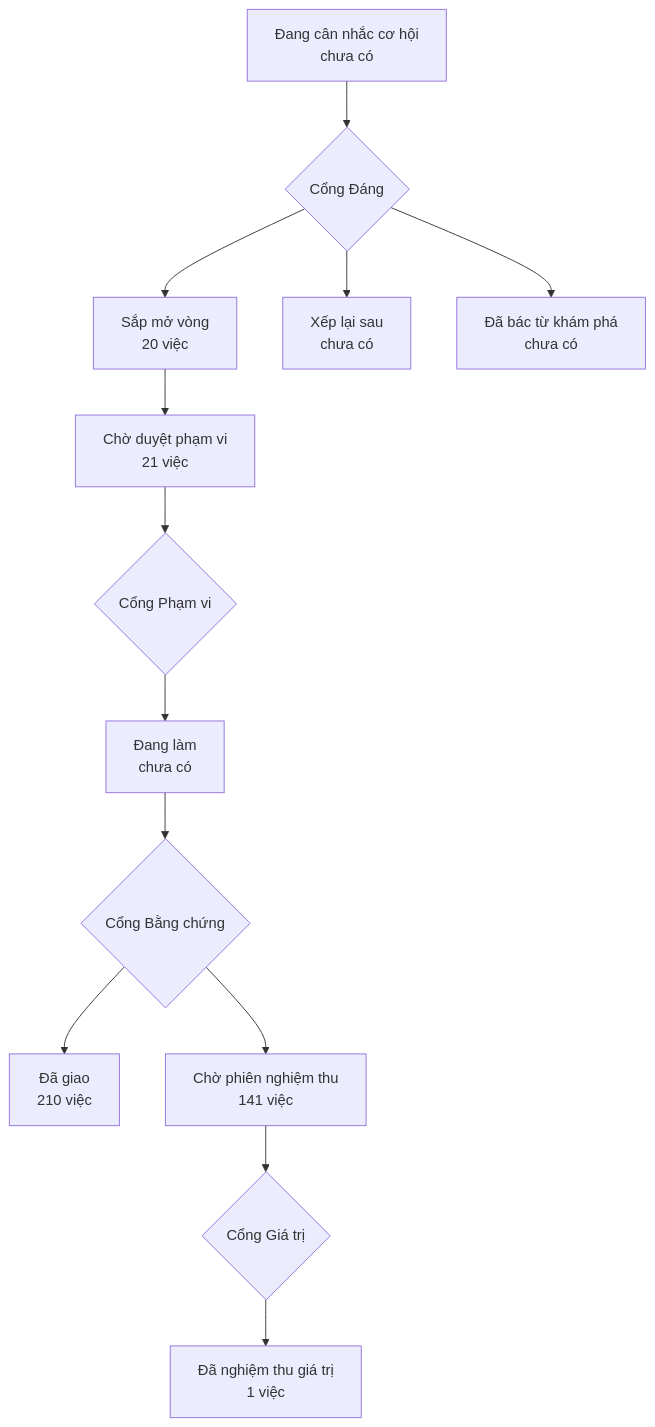
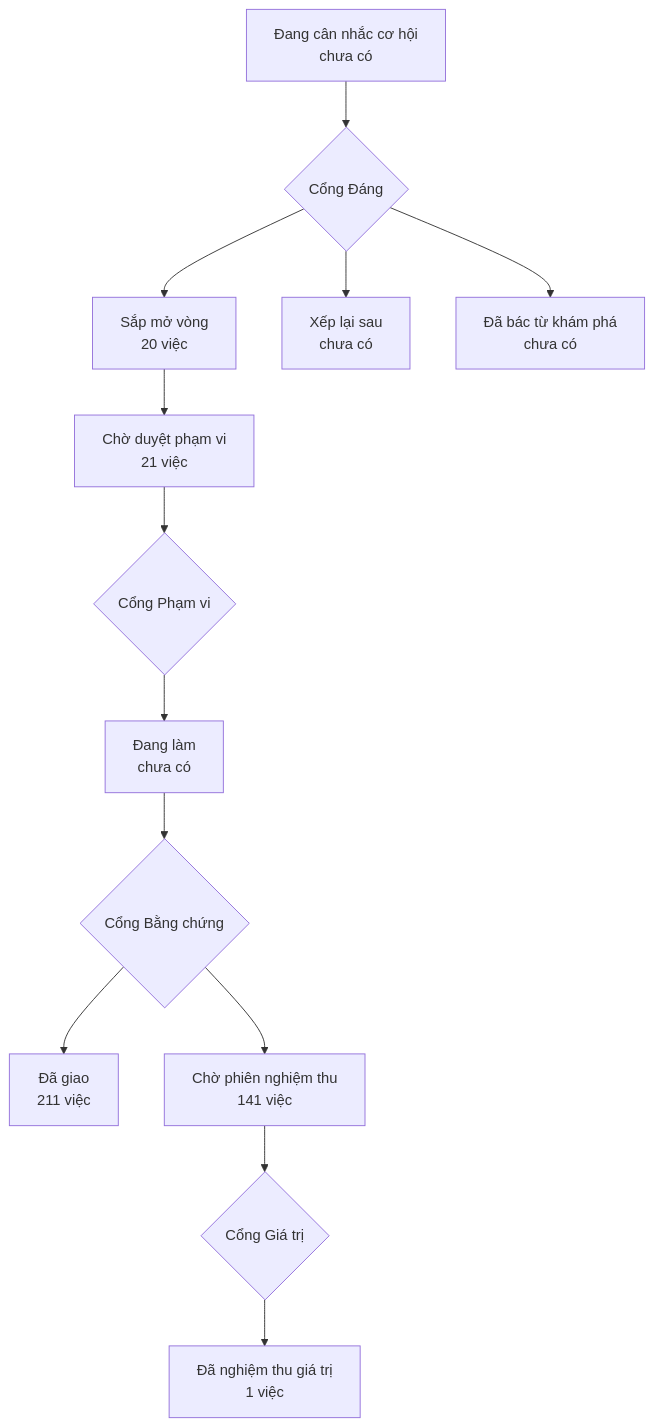
The diagram in PRODUCT-MAP.md (phanlemanh/onehub-invest), drawn with Mermaid before and after one commit. The commit also changed other lines of this file and 1 other file, not shown here.

Commit message:
chore(map): vẽ lại bản đồ sau khi nhận main d4df3343a

````diff
--- a/PRODUCT-MAP.md
+++ b/PRODUCT-MAP.md
@@ -7,12 +7,12 @@
 ```mermaid
 flowchart TD
   A["Đang cân nhắc cơ hội<br/>chưa có"] --> GD{"Cổng Đáng"}
   GD --> B["Sắp mở vòng<br/>20 việc"]
   GD --> XL["Xếp lại sau<br/>chưa có"]
   GD --> DB["Đã bác từ khám phá<br/>chưa có"]
   B --> CD["Chờ duyệt phạm vi<br/>21 việc"] --> GP{"Cổng Phạm vi"}
   GP --> DL["Đang làm<br/>chưa có"] --> GB{"Cổng Bằng chứng"}
-  GB --> DG["Đã giao<br/>210 việc"]
+  GB --> DG["Đã giao<br/>211 việc"]
   GB --> CN["Chờ phiên nghiệm thu<br/>141 việc"] --> GG{"Cổng Giá trị"}
   GG --> NT["Đã nghiệm thu giá trị<br/>1 việc"]
 ```
````
